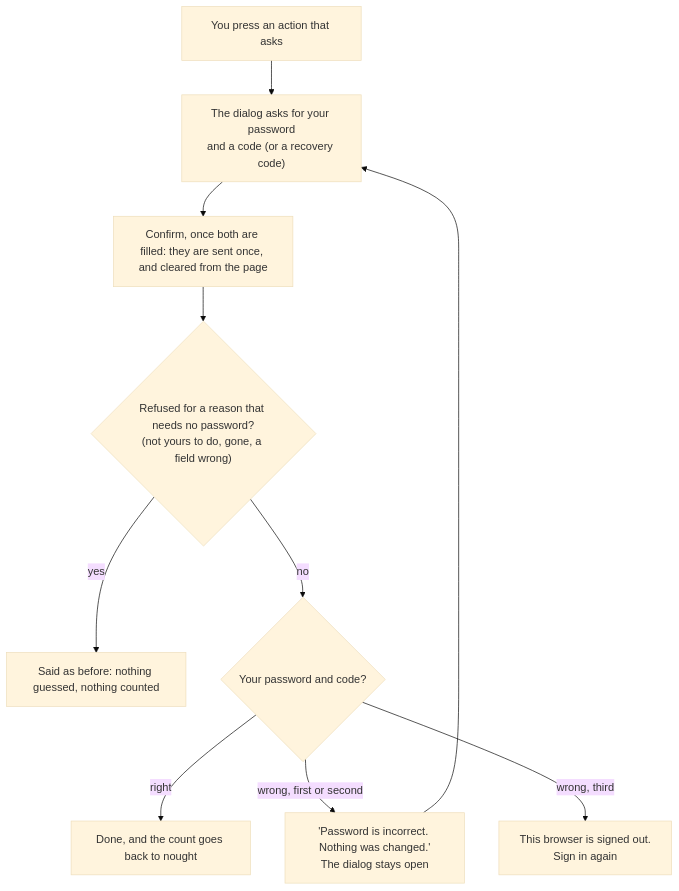
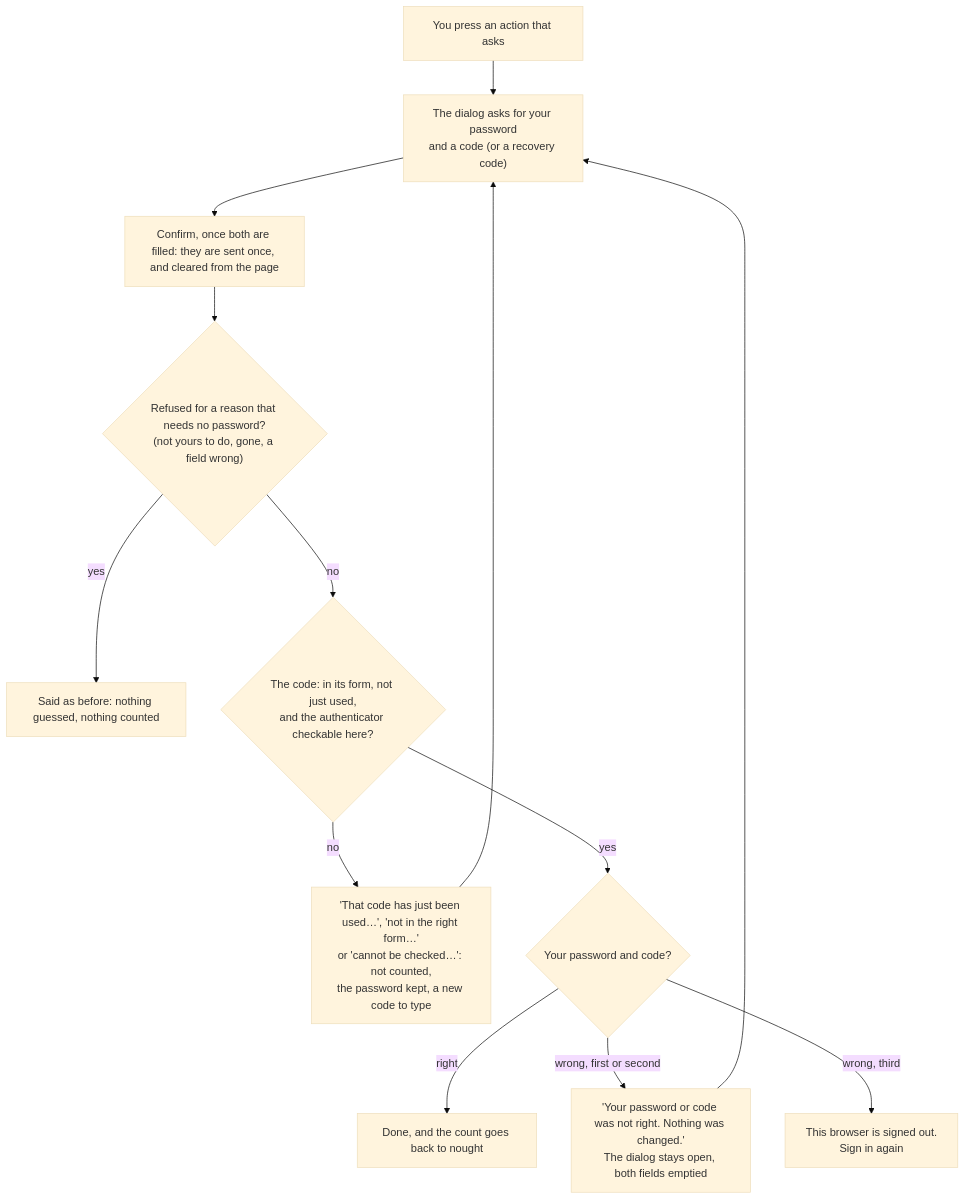
The third of 22 diagrams in docs/admin-guide.md (gitBoon/DumpFire), drawn with Mermaid (base theme) before and after one commit. The commit also changed other lines of this file and 58 other files, not shown here.

````diff
--- a/docs/admin-guide.md
+++ b/docs/admin-guide.md
@@ -144,12 +144,15 @@
 ```mermaid
 flowchart TD
     Press["You press an action that asks"] --> Field["The dialog asks for your password<br/>and a code (or a recovery code)"]
     Field --> Sent["Confirm, once both are filled: they are sent once, and cleared from the page"]
     Sent --> Refusable{"Refused for a reason that needs no password?<br/>(not yours to do, gone, a field wrong)"}
     Refusable -->|"yes"| Said["Said as before: nothing guessed, nothing counted"]
-    Refusable -->|"no"| Right{"Your password and code?"}
+    Refusable -->|"no"| Form{"The code: in its form, not just used,<br/>and the authenticator checkable here?"}
+    Form -->|"no"| Kept["'That code has just been used…', 'not in the right form…'<br/>or 'cannot be checked…': not counted,<br/>the password kept, a new code to type"]
+    Kept --> Field
+    Form -->|"yes"| Right{"Your password and code?"}
     Right -->|"right"| Done["Done, and the count goes back to nought"]
-    Right -->|"wrong, first or second"| Again["'Password is incorrect. Nothing was changed.'<br/>The dialog stays open"]
+    Right -->|"wrong, first or second"| Again["'Your password or code was not right. Nothing was changed.'<br/>The dialog stays open, both fields emptied"]
     Again --> Field
     Right -->|"wrong, third"| Out["This browser is signed out.<br/>Sign in again"]
 ```
````
